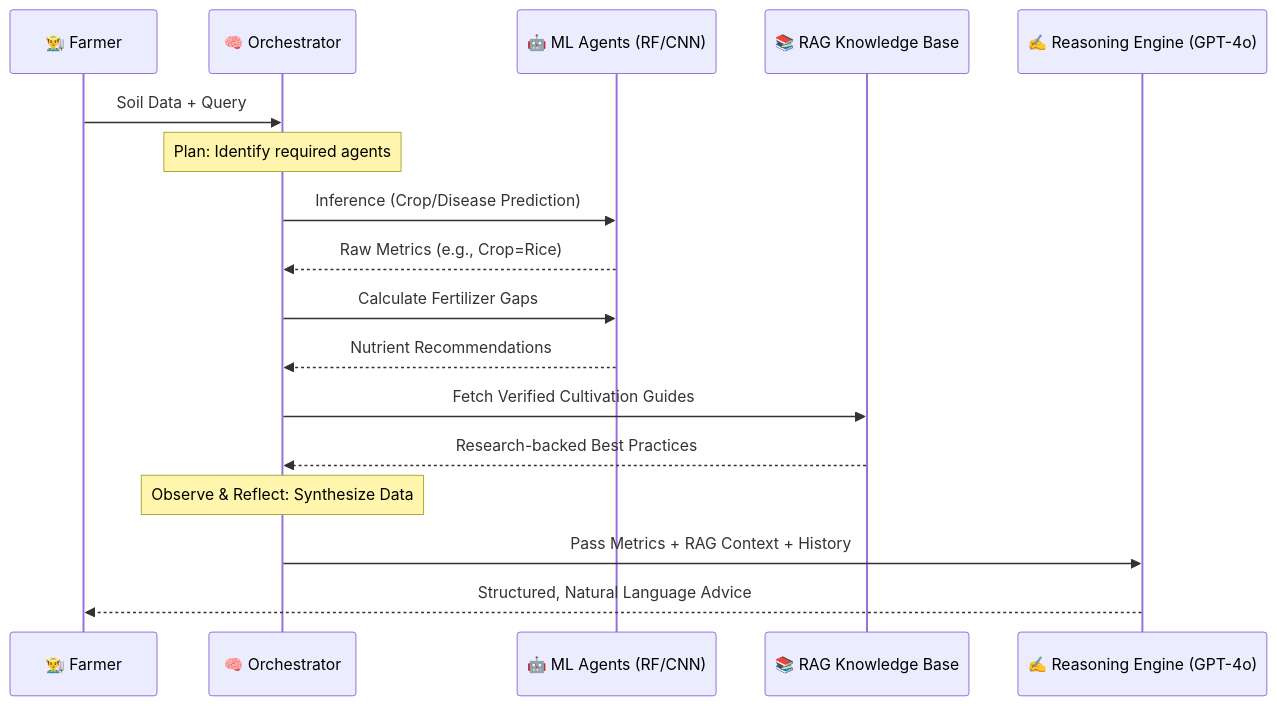
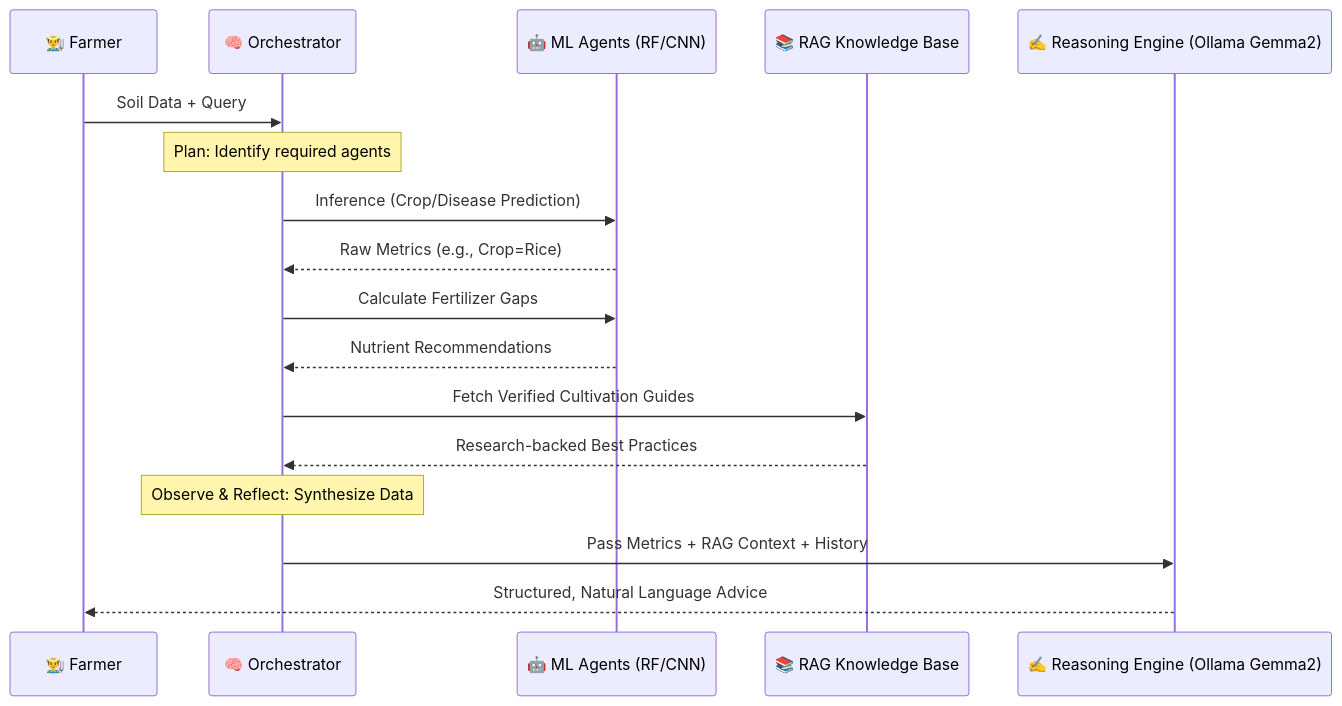
Before and after one commit to itsshaliniS/Agro: the diagram in README.md, drawn with Mermaid. The commit also changed other lines of this file, not shown here.

Commit message:
Enhance README with local RAG + Ollama, add animated tractor logo, fix outdated sections

````diff
--- a/README.md
+++ b/README.md
@@ -62,20 +108,20 @@
 ```mermaid
 sequenceDiagram
     participant Farmer as 👨‍🌾 Farmer
     participant ORCH as 🧠 Orchestrator
     participant ML as 🤖 ML Agents (RF/CNN)
     participant RAG as 📚 RAG Knowledge Base
-    participant LLM as ✍️ Reasoning Engine (GPT-4o)
+    participant LLM as ✍️ Reasoning Engine (Ollama Gemma2)
 
     Farmer->>ORCH: Soil Data + Query
     Note over ORCH: Plan: Identify required agents
     ORCH->>ML: Inference (Crop/Disease Prediction)
     ML-->>ORCH: Raw Metrics (e.g., Crop=Rice)
     ORCH->>ML: Calculate Fertilizer Gaps
     ML-->>ORCH: Nutrient Recommendations
     ORCH->>RAG: Fetch Verified Cultivation Guides
     RAG-->>ORCH: Research-backed Best Practices
     Note over ORCH: Observe & Reflect: Synthesize Data
     ORCH->>LLM: Pass Metrics + RAG Context + History
     LLM-->>Farmer: Structured, Natural Language Advice
 ```
````
